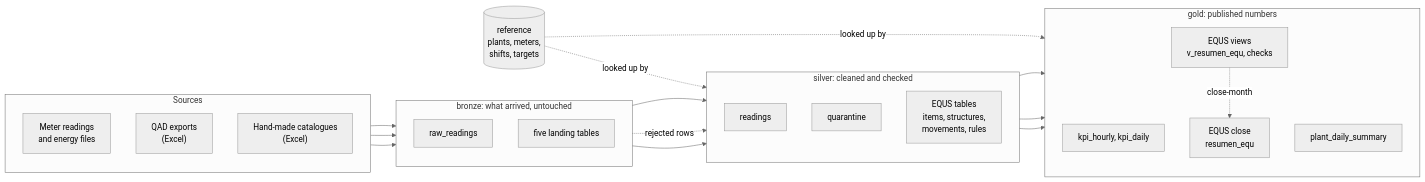
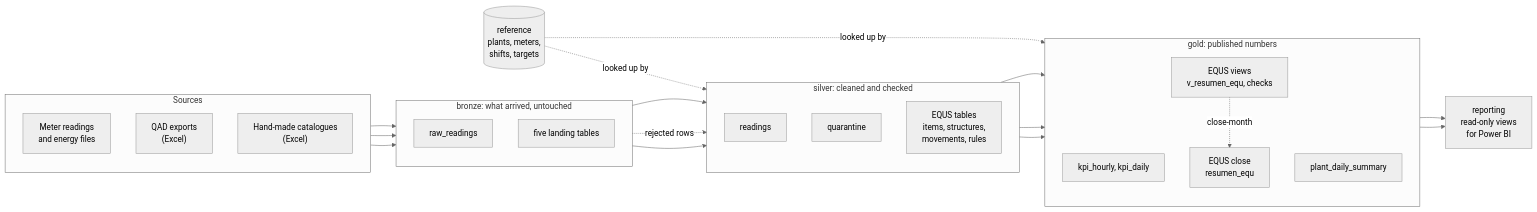
One commit to juanpablocarrillohortua/clarios_app changed the first of 11 diagrams in docs/database_overview.md. Above: the diagram before and after it, drawn with Mermaid (neutral theme). The commit also changed other lines of this file and 19 other files, not shown here.

First line of the commit message:
feat(reporting): add a read-only reporting schema and a Power BI bridge

````diff
--- a/docs/database_overview.md
+++ b/docs/database_overview.md
@@ -35,43 +36,46 @@
 ```mermaid
 flowchart LR
     subgraph src["Sources"]
         direction TB
         M["Meter readings<br/>and energy files"]
         Q["QAD exports<br/>(Excel)"]
         H["Hand-made catalogues<br/>(Excel)"]
     end
 
     subgraph bronze["bronze: what arrived, untouched"]
         direction TB
         RR["raw_readings"]
         LT["five landing tables"]
     end
 
     subgraph silver["silver: cleaned and checked"]
         direction TB
         SR["readings"]
         SQ["quarantine"]
         ES["EQUS tables<br/>items, structures,<br/>movements, rules"]
     end
 
     subgraph gold["gold: published numbers"]
         direction TB
         GK["kpi_hourly, kpi_daily"]
         GS["plant_daily_summary"]
         EG["EQUS views<br/>v_resumen_equ, checks"]
         EC["EQUS close<br/>resumen_equ"]
     end
 
     REF[("reference<br/>plants, meters,<br/>shifts, targets")]
+    RP["reporting<br/>read-only views<br/>for Power BI"]
 
     M --> RR --> SR --> GK
     SR --> GS
     RR -. "rejected rows" .-> SQ
     Q --> LT
     H --> LT
     LT --> ES
     ES --> EG
     EG -. "close-month" .-> EC
+    EG --> RP
+    EC --> RP
     REF -. "looked up by" .-> SR
     REF -. "looked up by" .-> GK
 ```
````
